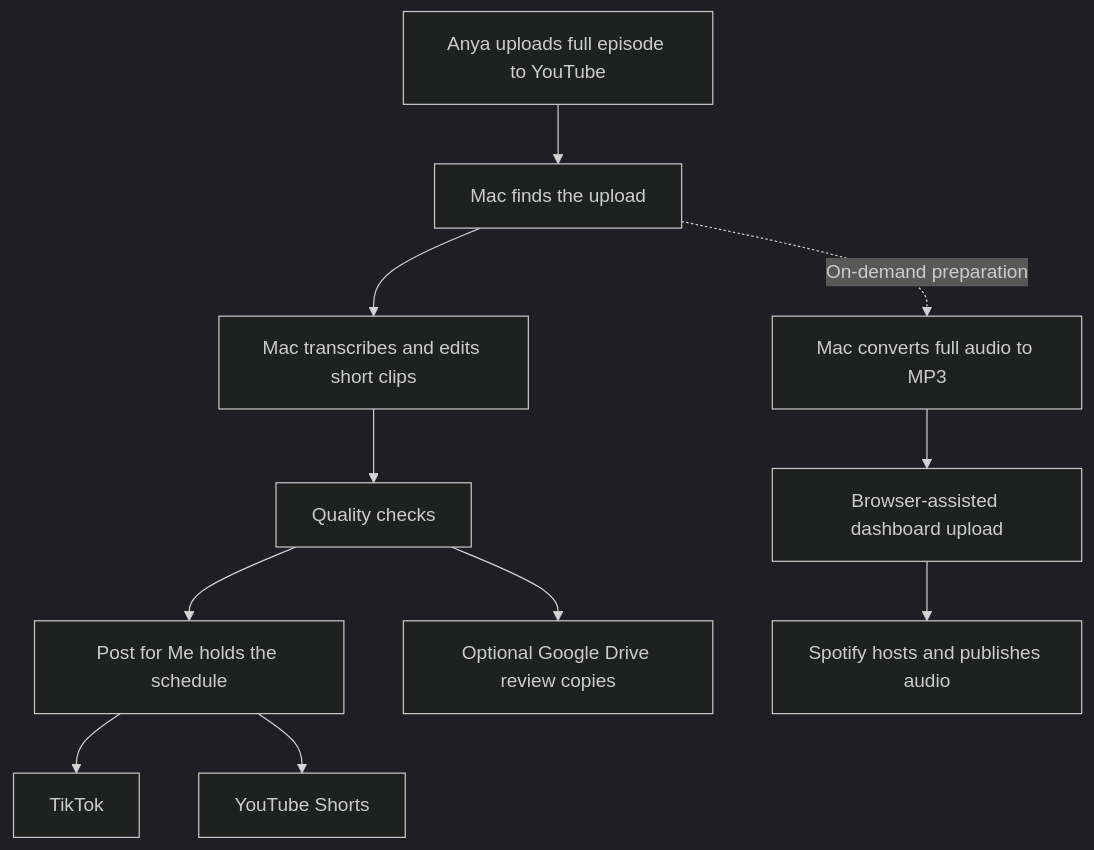
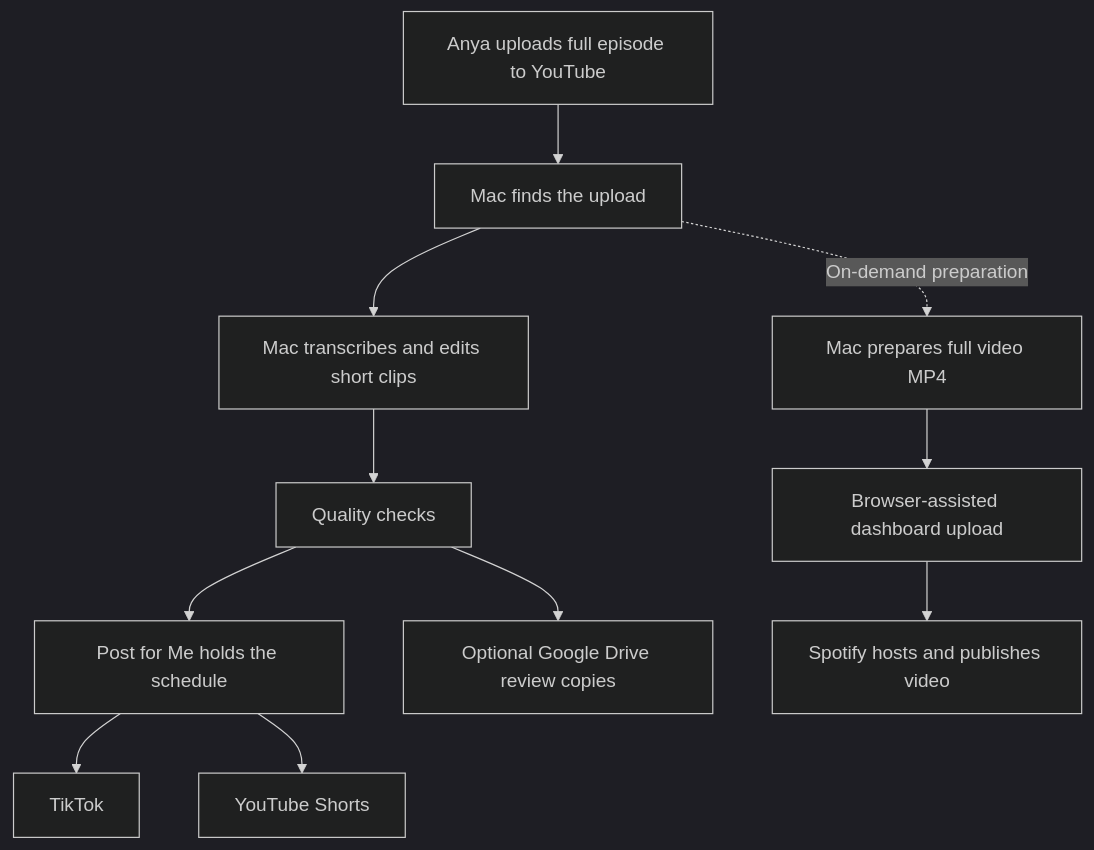
Before and after one commit to samokarplus/booboo-expansion-project: the diagram in PROJECT_GUIDE.md, drawn with Mermaid (dark theme). The commit also changed other lines of this file and 4 other files, not shown here.

Commit message:
Prepare full Spotify video episodes by default with validated MP4 output

````diff
--- a/PROJECT_GUIDE.md
+++ b/PROJECT_GUIDE.md
@@ -106,13 +106,13 @@
 ```mermaid
 flowchart TD
     A[Anya uploads full episode to YouTube] --> B[Mac finds the upload]
     B --> C[Mac transcribes and edits short clips]
     C --> D[Quality checks]
     D --> E[Post for Me holds the schedule]
     E --> F[TikTok]
     E --> G[YouTube Shorts]
     D --> H[Optional Google Drive review copies]
-    B -. On-demand preparation .-> I[Mac converts full audio to MP3]
+    B -. On-demand preparation .-> I[Mac prepares full video MP4]
     I --> J[Browser-assisted dashboard upload]
-    J --> L[Spotify hosts and publishes audio]
+    J --> L[Spotify hosts and publishes video]
 ```
````
